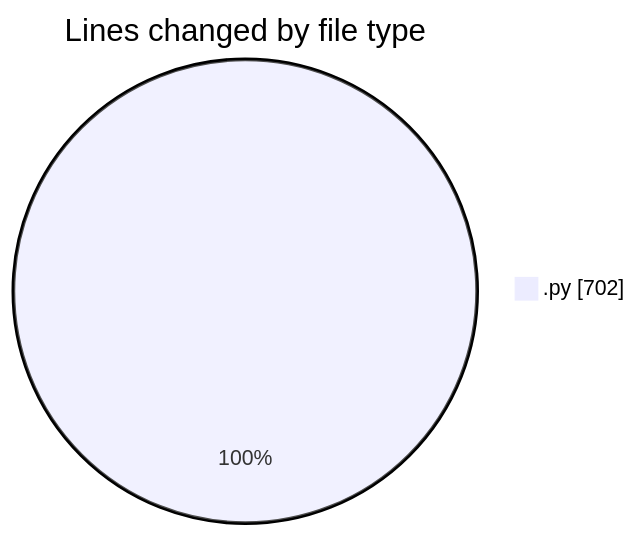
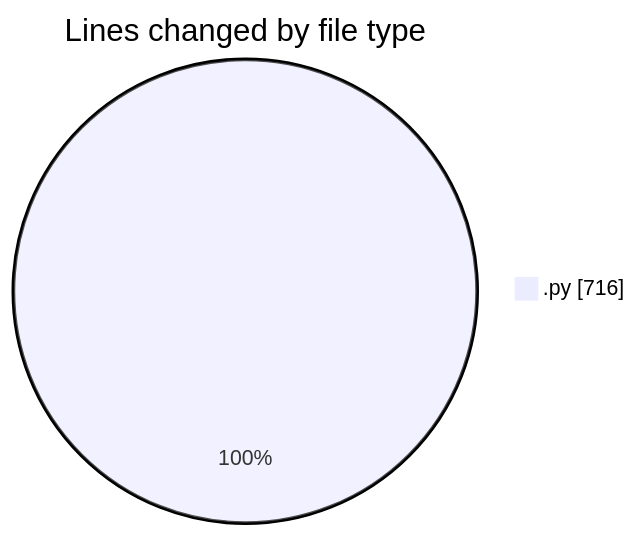
One commit to MatusMokan/code-tracking changed the first of 2 diagrams in 2025-02-27/myws__workspace_/README.md. Above: the diagram before and after it, drawn with Mermaid. The commit also changed other lines of this file and 1 other file, not shown here.

````diff
--- a/2025-02-27/myws__workspace_/README.md
+++ b/2025-02-27/myws__workspace_/README.md
@@ -21,5 +21,5 @@
 ```mermaid
 pie showData
 title Lines changed by file type
-".py" : 702
+".py" : 716
 ```
````
